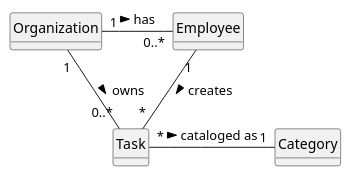
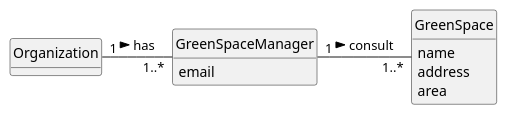
Before and after one commit to daniel41silva05/ISEP_2023_2024_LAPR2: the diagram in docs/sprintA&B&C/us027/02.analysis/puml/us027-domain-model.puml, drawn with PlantUML. The commit also changed 1 other file, not shown here.

```diff
--- a/docs/sprintA&B&C/us027/02.analysis/puml/us027-domain-model.puml
+++ b/docs/sprintA&B&C/us027/02.analysis/puml/us027-domain-model.puml
@@ -1,36 +1,28 @@
 @startuml
 skinparam monochrome true
 skinparam packageStyle rectangle
 skinparam shadowing false
 
 'left to right direction
 
 skinparam classAttributeIconSize 0
 
 hide circle
 hide methods
 
 class Organization {
 }
 
-class Task {
-
+class GreenSpaceManager {
+    email
 }
 
-class Category {
-
+class GreenSpace {
+    name
+    address
+    area
 }
 
-class Employee {
-
-}
-
-'Platform "1" -- "*" Organization : has registered >
-'Platform "1" -- "*" Category : defines >
-Organization "1" - "0..*" Employee : has >
-Organization "1" - "0..*" Task: owns >
-'Task "*" -- "1" Employee: created by >
-Employee "1" -- "*" Task : creates >
-'Employee "0..1" -- "1" User: acts as >
-Task "*" - "1" Category: cataloged as >
+Organization "1" - "1..*" GreenSpaceManager : has >
+GreenSpaceManager "1" - "1..*" GreenSpace: consult >
 @enduml
```
